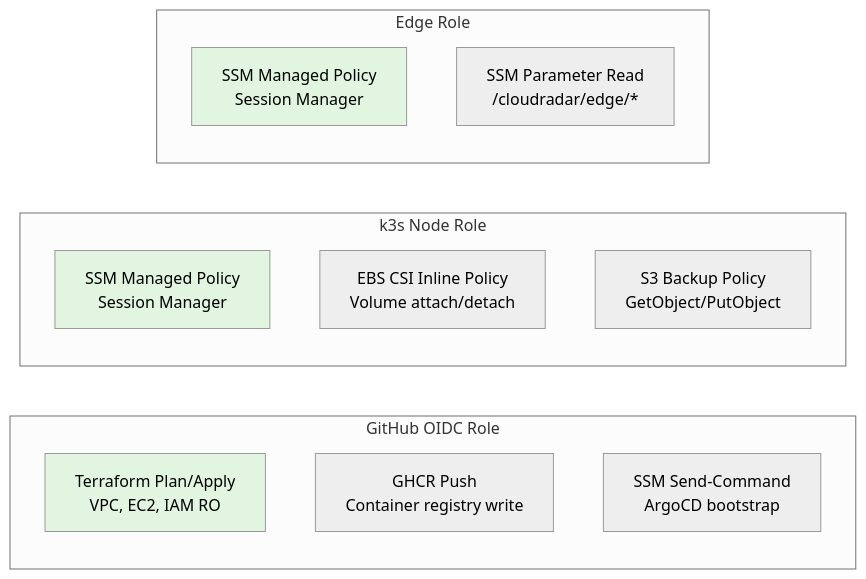
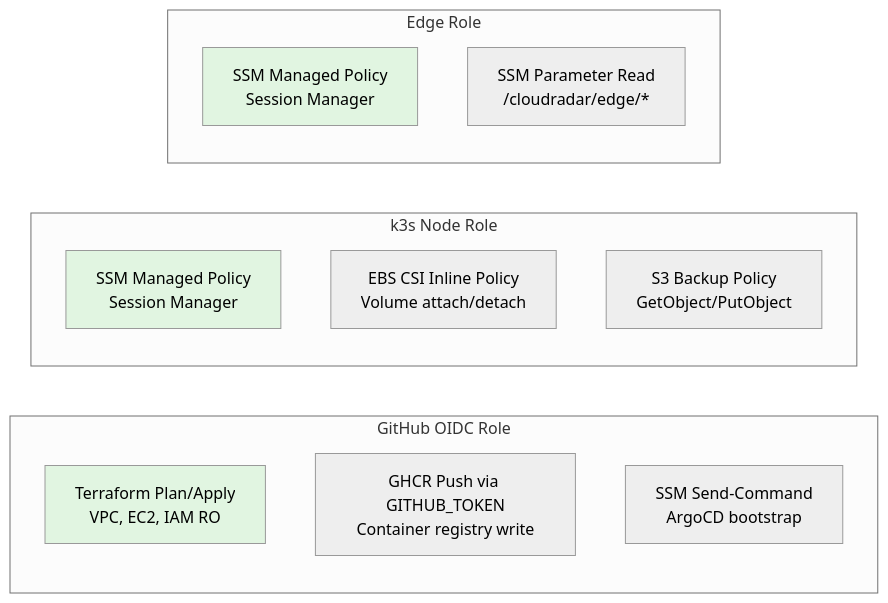
Diagram 19 of 28 in docs/architecture/technical-architecture-document.md (ClementV78/CloudRadar), drawn with Mermaid (neutral theme) before and after one commit. The commit also changed other lines of this file and 1 other file, not shown here.

First line of the commit message:
docs(architecture): align technical architecture docs

````diff
--- a/docs/architecture/technical-architecture-document.md
+++ b/docs/architecture/technical-architecture-document.md
@@ -625,23 +640,23 @@
 ```mermaid
 graph LR
     subgraph "GitHub OIDC Role"
         OIDC_TF[Terraform Plan/Apply<br/>VPC, EC2, IAM RO]
-        OIDC_ECR[GHCR Push<br/>Container registry write]
+        GHCR_TOKEN[GHCR Push via GITHUB_TOKEN<br/>Container registry write]
         OIDC_SSM[SSM Send-Command<br/>ArgoCD bootstrap]
     end
 
     subgraph "k3s Node Role"
         NODE_SSM[SSM Managed Policy<br/>Session Manager]
         NODE_EBS[EBS CSI Inline Policy<br/>Volume attach/detach]
         NODE_S3[S3 Backup Policy<br/>GetObject/PutObject]
     end
 
     subgraph "Edge Role"
         EDGE_SSM[SSM Managed Policy<br/>Session Manager]
         EDGE_PARAM[SSM Parameter Read<br/>/cloudradar/edge/*]
     end
 
     style OIDC_TF fill:#e1f5e1
     style NODE_SSM fill:#e1f5e1
     style EDGE_SSM fill:#e1f5e1
 ```
````
